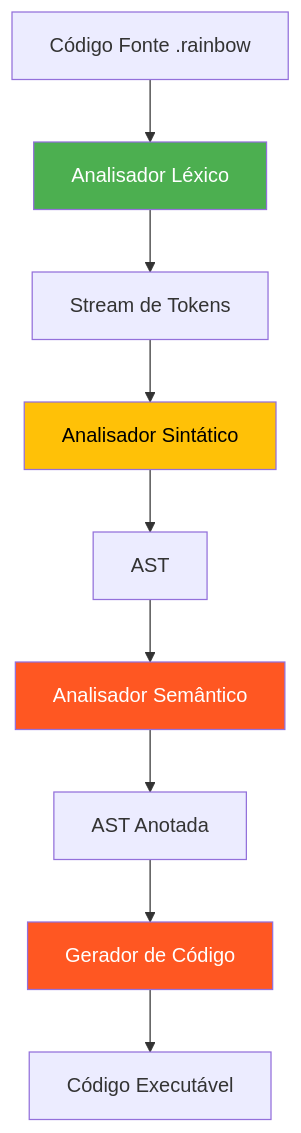
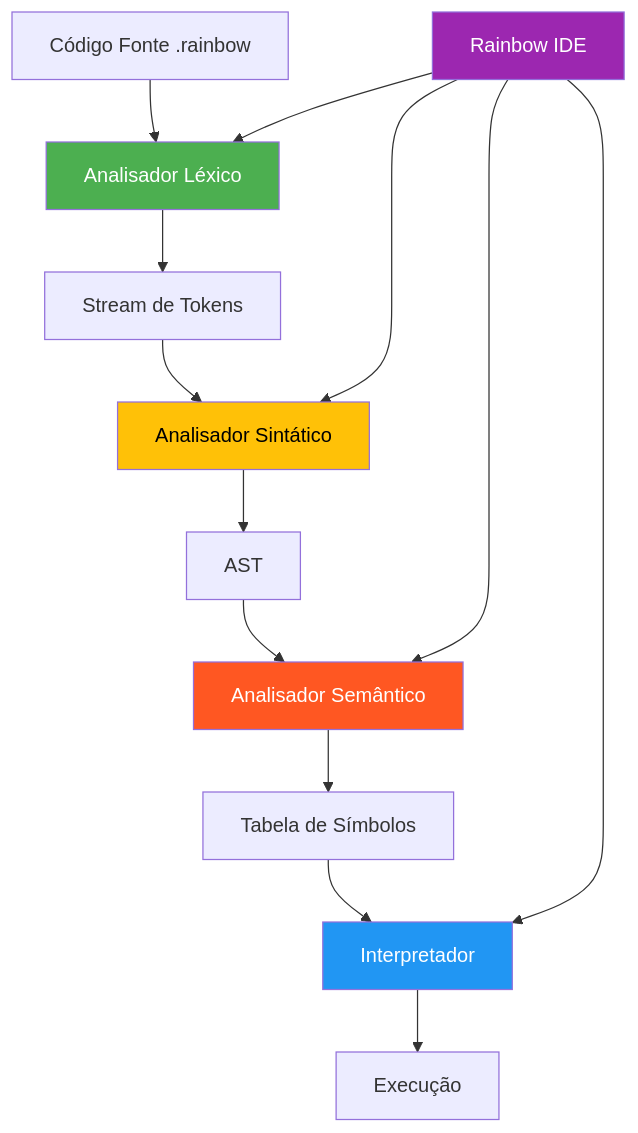
The diagram in README.md (anderson-ufrj/compilers-rainbow_language), drawn with Mermaid before and after one commit. The commit also changed other lines of this file, not shown here.

````diff
--- a/README.md
+++ b/README.md
@@ -165,16 +166,22 @@
 ```mermaid
 graph TD
     A[Código Fonte .rainbow] --> B[Analisador Léxico]
     B --> C[Stream de Tokens]
     C --> D[Analisador Sintático]
     D --> E[AST]
     E --> F[Analisador Semântico]
-    F --> G[AST Anotada]
-    G --> H[Gerador de Código]
-    H --> I[Código Executável]
+    F --> G[Tabela de Símbolos]
+    G --> H[Interpretador]
+    H --> I[Execução]
+    
+    J[Rainbow IDE] --> B
+    J --> D
+    J --> F
+    J --> H
     
     style B fill:#4CAF50,color:#fff
     style D fill:#FFC107,color:#000
     style F fill:#FF5722,color:#fff
-    style H fill:#FF5722,color:#fff
+    style H fill:#2196F3,color:#fff
+    style J fill:#9C27B0,color:#fff
 ```
````
